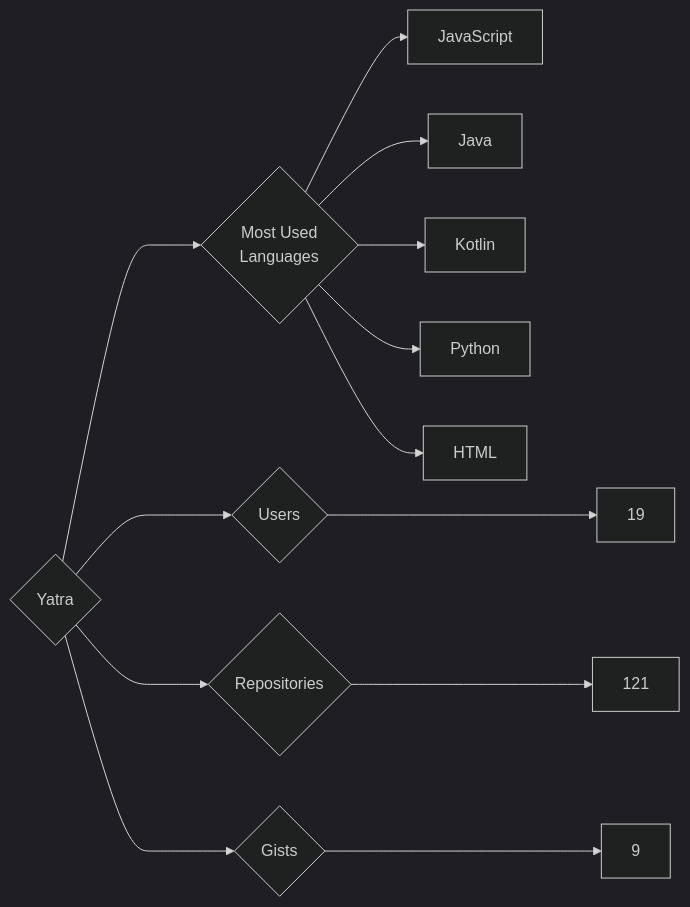
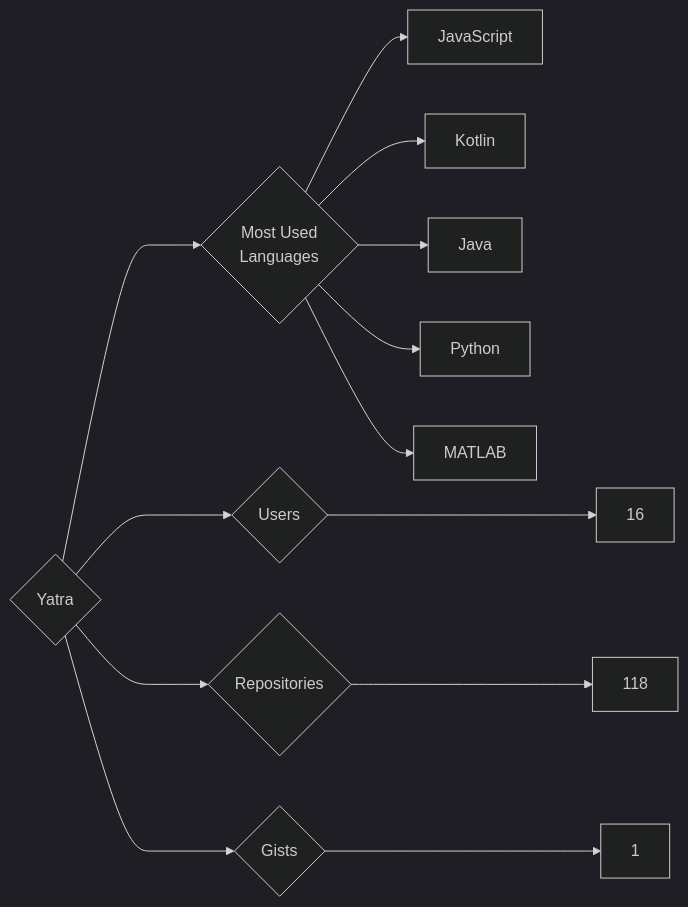
The diagram in targets/Yatra/README.md (trickest/insiders), drawn with Mermaid (dark theme) before and after one commit. The commit also changed 965 other files, not shown here.

````diff
--- a/targets/Yatra/README.md
+++ b/targets/Yatra/README.md
@@ -3,13 +3,13 @@
 ```mermaid
 graph LR
 COMPANY_NAME{Yatra}
-COMPANY_NAME ---> U{Users} ---> UN[19]
-COMPANY_NAME ---> R{Repositories} ---> RN[121]
-COMPANY_NAME ---> G{Gists} ---> GN[9]
+COMPANY_NAME ---> U{Users} ---> UN[16]
+COMPANY_NAME ---> R{Repositories} ---> RN[118]
+COMPANY_NAME ---> G{Gists} ---> GN[1]
 COMPANY_NAME ---> ML{Most Used<br>Languages}
 ML --> JavaScript[JavaScript]
+ML --> Kotlin[Kotlin]
 ML --> Java[Java]
-ML --> Kotlin[Kotlin]
 ML --> Python[Python]
-ML --> HTML[HTML]
+ML --> MATLAB[MATLAB]
 ```
````
